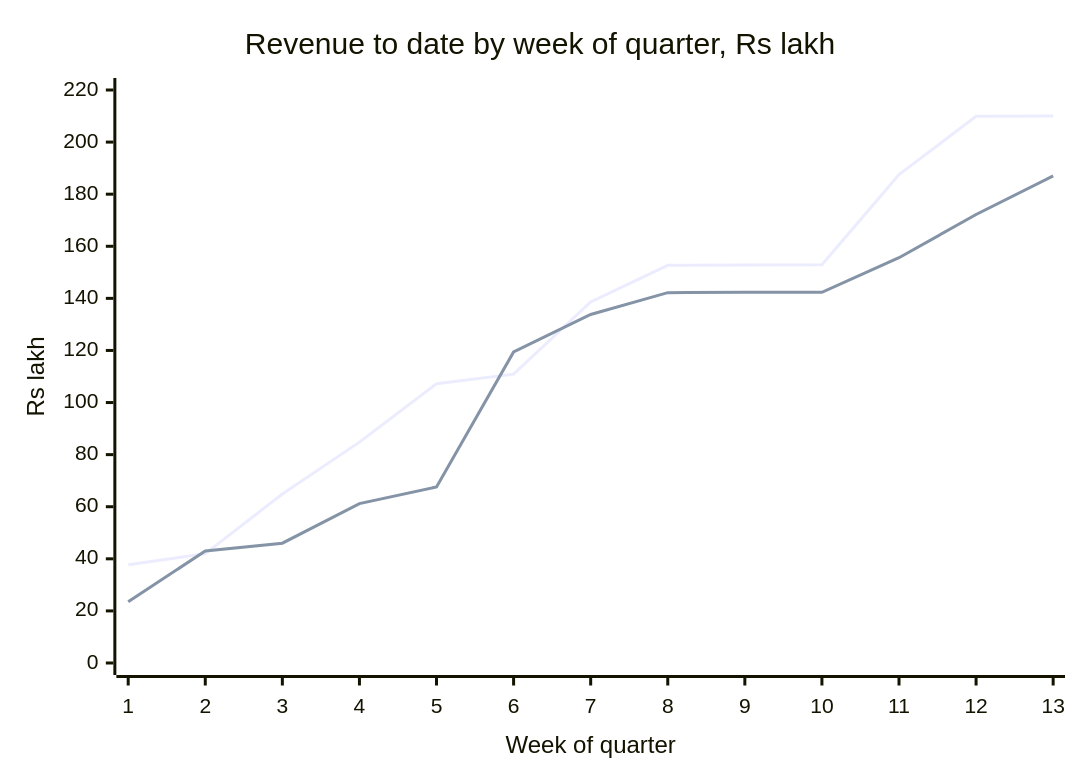
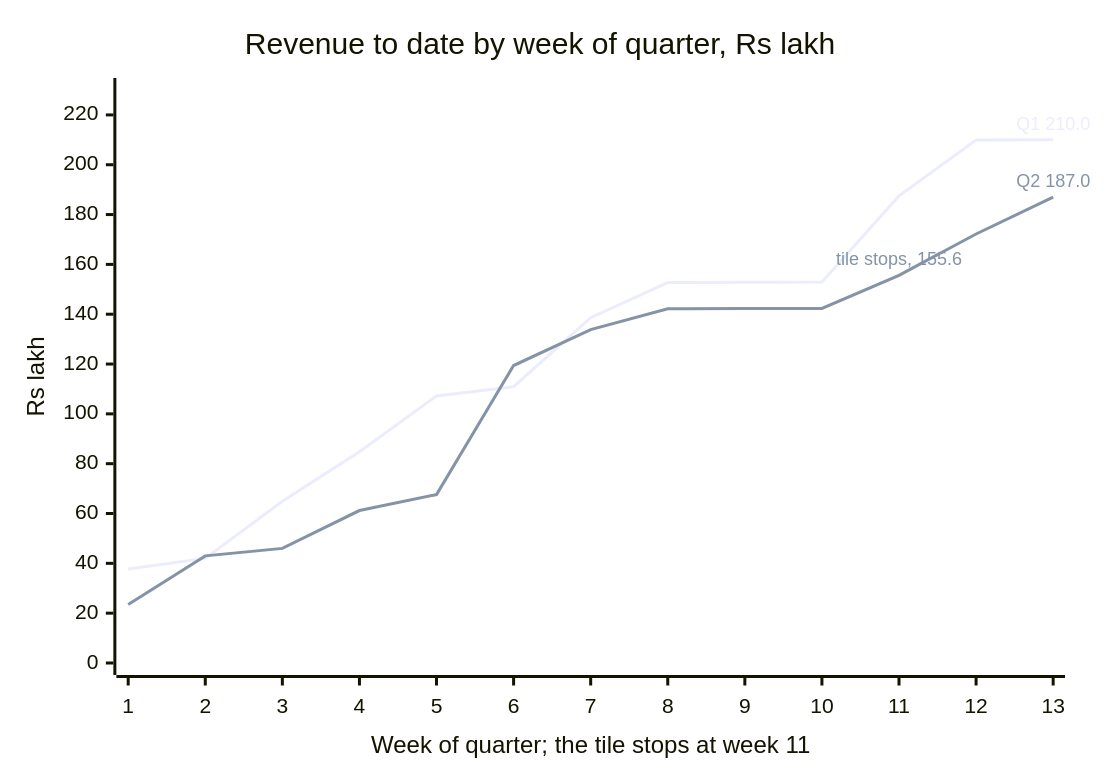
Before and after one commit to fde-academy-lab/c2-content-factory: the fifth of 13 diagrams in content/W01/D2/slides/C2_W01_D02_half1_STUDENT.md, drawn with Mermaid. The commit also changed other lines of this file and 1 other file, not shown here.

First line of the commit message:
W01 D2 morning deck: labelled S12 lines and week 11, coloured and labelled S33 bars, positive notes

````diff
--- a/content/W01/D2/slides/C2_W01_D02_half1_STUDENT.md
+++ b/content/W01/D2/slides/C2_W01_D02_half1_STUDENT.md
@@ -295,8 +295,9 @@
 ```mermaid
+%%{init: {"xyChart": {"showLegend": true}}}%%
 xychart-beta
     title "Revenue to date by week of quarter, Rs lakh"
-    x-axis "Week of quarter" [1, 2, 3, 4, 5, 6, 7, 8, 9, 10, 11, 12, 13]
-    y-axis "Rs lakh" 0 --> 220
-    line [37.7, 42.0, 64.9, 84.8, 107.2, 110.9, 138.6, 152.7, 152.8, 152.9, 187.5, 209.9, 210.0]
-    line [23.5, 43.0, 46.0, 61.2, 67.6, 119.4, 133.8, 142.2, 142.3, 142.3, 155.6, 172.2, 187.0]
+    x-axis "Week of quarter; the tile stops at week 11" [1, 2, 3, 4, 5, 6, 7, 8, 9, 10, 11, 12, 13]
+    y-axis "Rs lakh" 0 --> 230
+    line "Q1" [37.7, 42.0, 64.9, 84.8, 107.2, 110.9, 138.6, 152.7, 152.8, 152.9, 187.5, 209.9, 210.0 "Q1 210.0"]
+    line "Q2" [23.5, 43.0, 46.0, 61.2, 67.6, 119.4, 133.8, 142.2, 142.3, 142.3, 155.6 "tile stops, 155.6", 172.2, 187.0 "Q2 187.0"]
 ```
````
